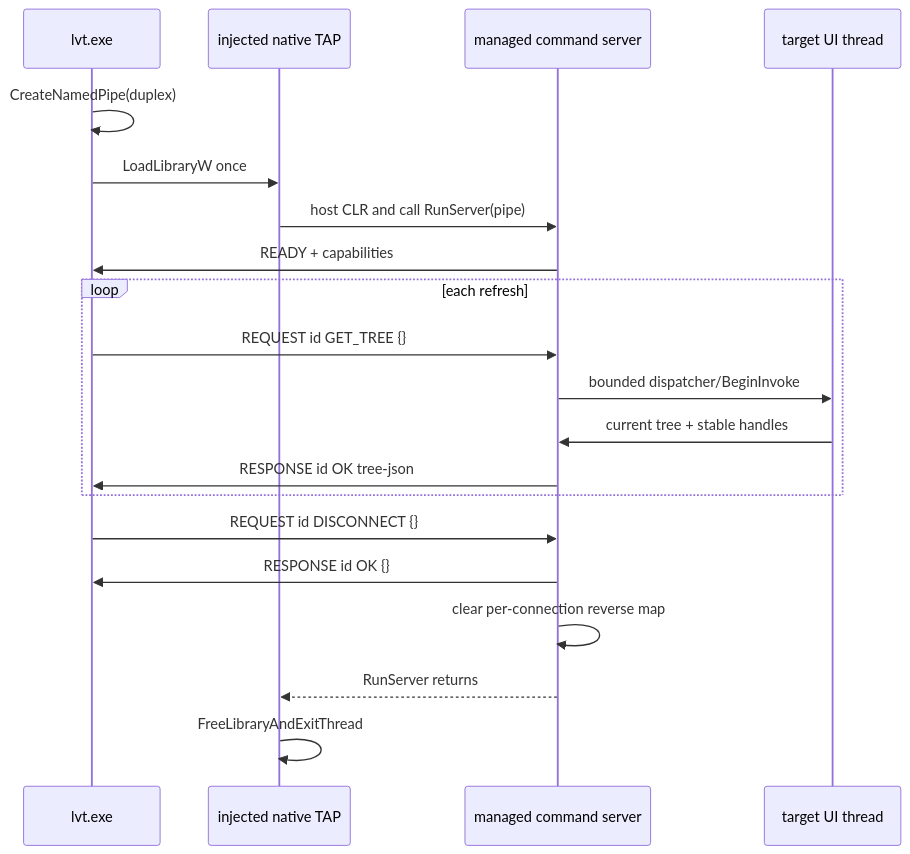
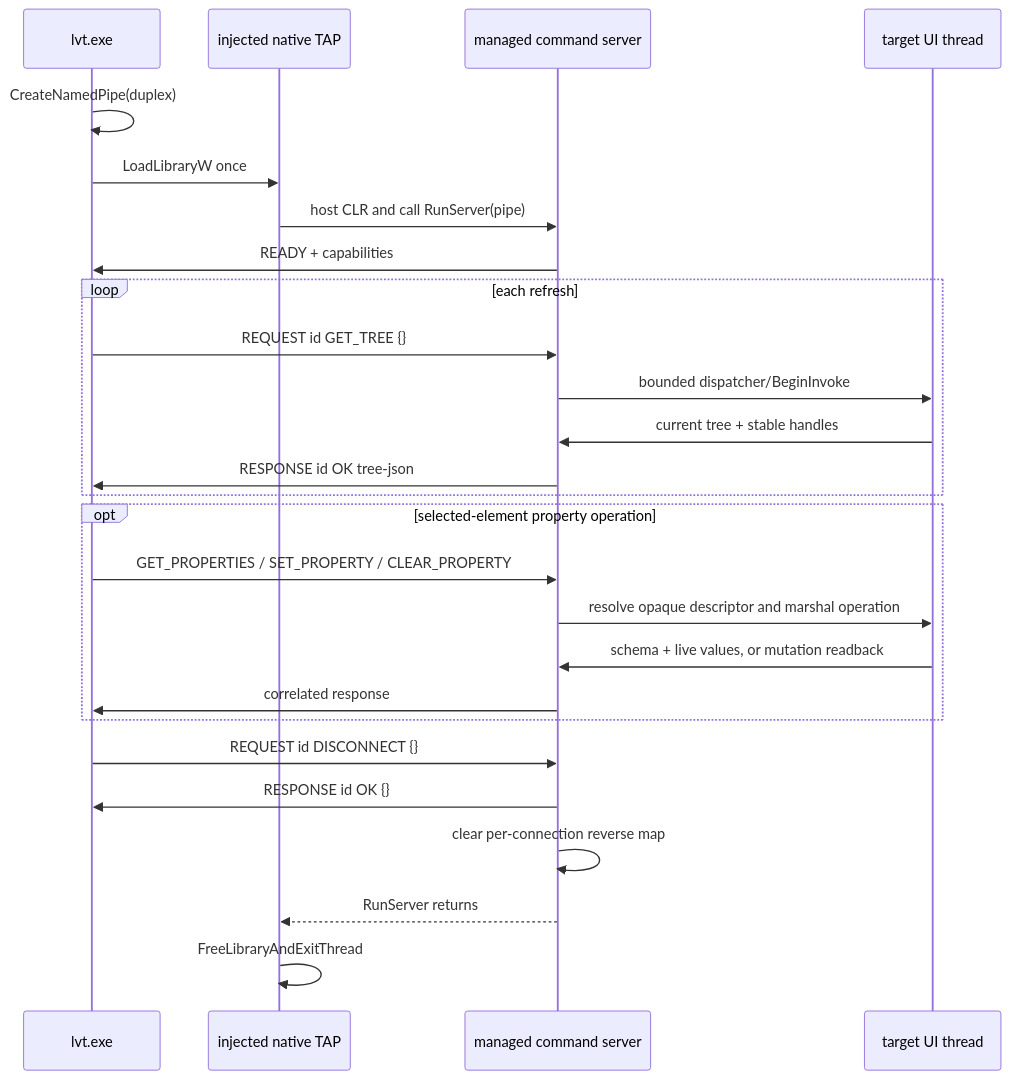
One commit to asklar/lvt changed the diagram in docs/managed-tap-connections.md. Above: the diagram before and after it, drawn with Mermaid. The commit also changed other lines of this file and 20 other files, not shown here.

````diff
--- a/docs/managed-tap-connections.md
+++ b/docs/managed-tap-connections.md
@@ -16,25 +16,32 @@
 ```mermaid
 sequenceDiagram
     participant lvt as lvt.exe
     participant native as injected native TAP
     participant managed as managed command server
     participant ui as target UI thread
 
     lvt->>lvt: CreateNamedPipe(duplex)
     lvt->>native: LoadLibraryW once
     native->>managed: host CLR and call RunServer(pipe)
     managed->>lvt: READY + capabilities
 
     loop each refresh
         lvt->>managed: REQUEST id GET_TREE {}
         managed->>ui: bounded dispatcher/BeginInvoke
         ui->>managed: current tree + stable handles
         managed->>lvt: RESPONSE id OK tree-json
     end
 
+    opt selected-element property operation
+        lvt->>managed: GET_PROPERTIES / SET_PROPERTY / CLEAR_PROPERTY
+        managed->>ui: resolve opaque descriptor and marshal operation
+        ui->>managed: schema + live values, or mutation readback
+        managed->>lvt: correlated response
+    end
+
     lvt->>managed: REQUEST id DISCONNECT {}
     managed->>lvt: RESPONSE id OK {}
     managed->>managed: clear per-connection reverse map
     managed-->>native: RunServer returns
     native->>native: FreeLibraryAndExitThread
 ```
````
